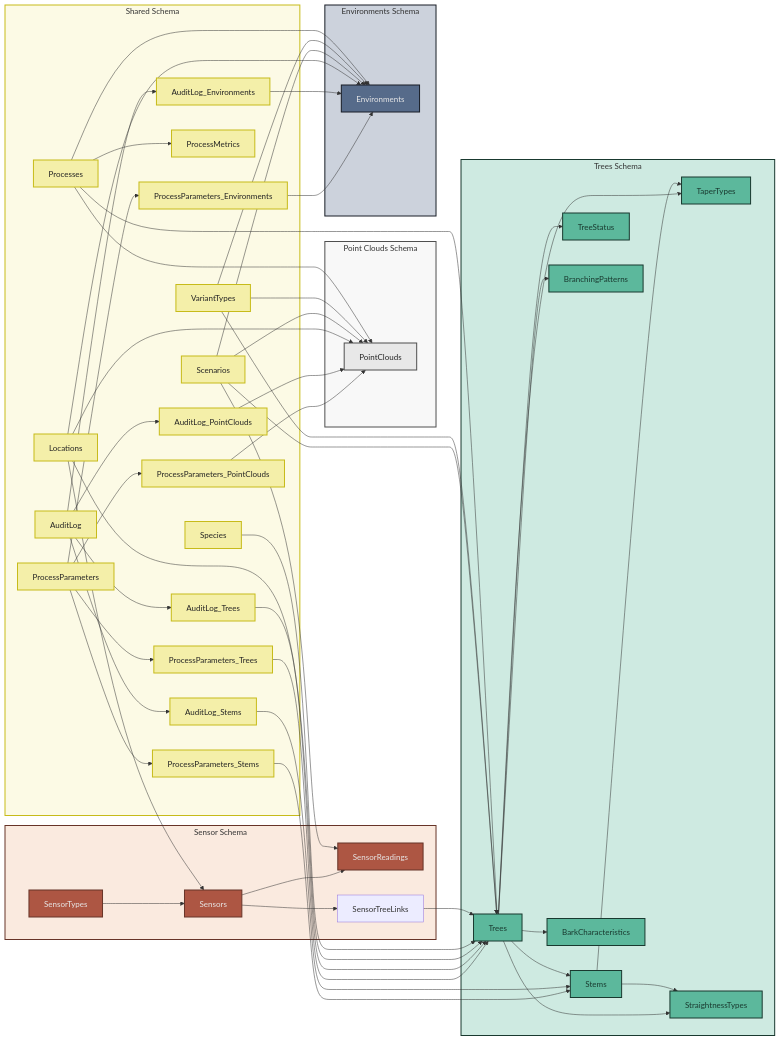
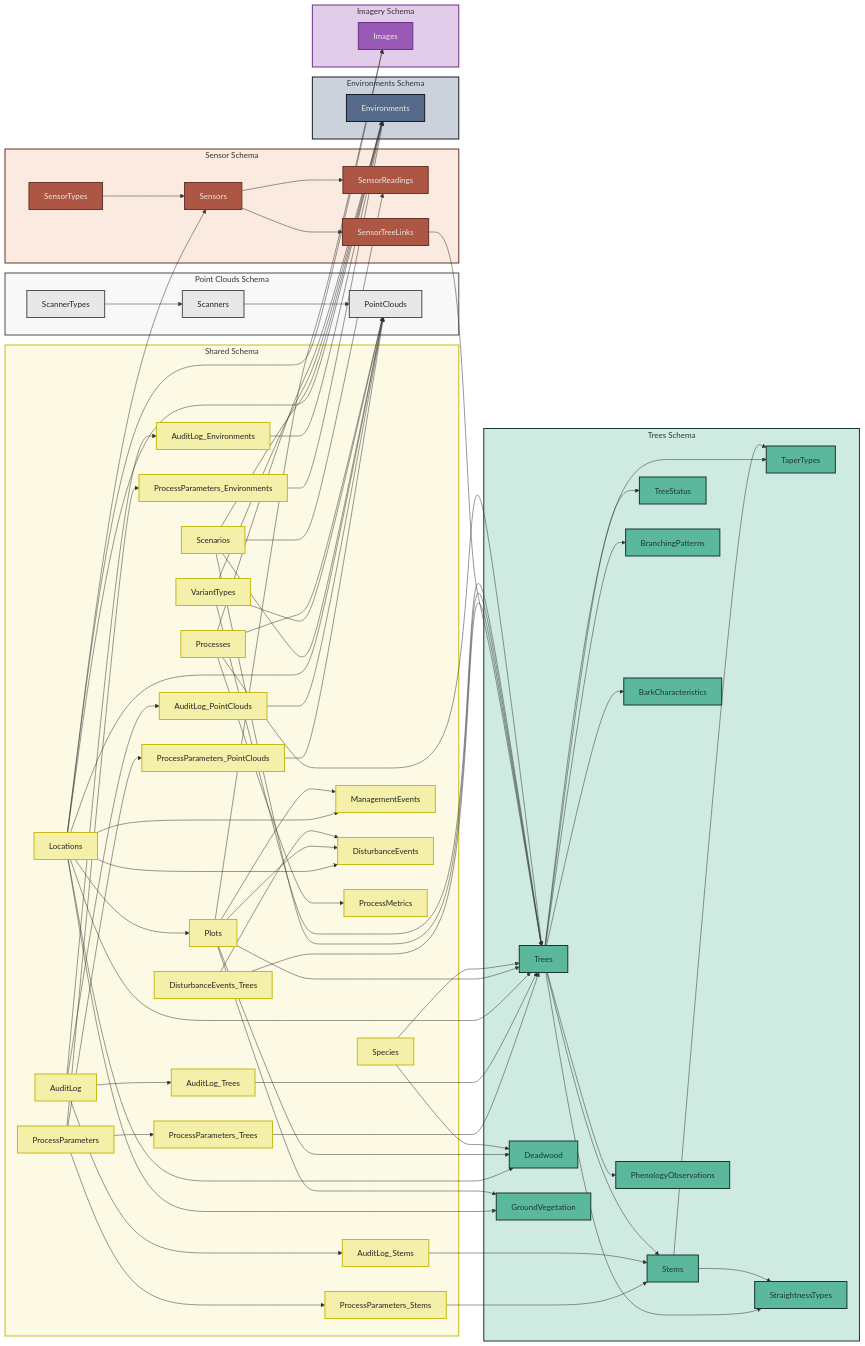
One commit to XRFutureForests/digital-twin-db changed the first of 20 diagrams in docs/database-schema.md. Above: the diagram before and after it, drawn with Mermaid. The commit also changed other lines of this file and 25 other files, not shown here.

Commit message:
feat: Add Campaigns table for data collection events and enhance Trees schema with new measurement fields

````diff
--- a/docs/database-schema.md
+++ b/docs/database-schema.md
@@ -32,9 +35,13 @@
 graph LR
     subgraph shared ["Shared Schema"]
         SL[Locations]
+        SPL[Plots]
         SS[Species]
         SC[Scenarios]
         SVT[VariantTypes]
+        SME[ManagementEvents]
+        SDE[DisturbanceEvents]
+        SDET[DisturbanceEvents_Trees]
         SAL[AuditLog]
         SP[Processes]
         SPP[ProcessParameters]
@@ -48,11 +55,13 @@
         SALE[AuditLog_Environments]
         SALS[AuditLog_Stems]
     end
-    
+
     subgraph pointclouds ["Point Clouds Schema"]
+        PCST[ScannerTypes]
+        PCS[Scanners]
         PCV[PointClouds]
     end
-    
+
     subgraph trees ["Trees Schema"]
         TV[Trees]
         TST[Stems]
@@ -61,22 +70,29 @@
         TST2[StraightnessTypes]
         TBP[BranchingPatterns]
         TBC[BarkCharacteristics]
+        TPH[PhenologyObservations]
+        TDW[Deadwood]
+        TGV[GroundVegetation]
     end
-    
+
     subgraph sensor ["Sensor Schema"]
         S[Sensors]
         SR[SensorReadings]
         SST[SensorTypes]
         STL[SensorTreeLinks]
     end
-    
+
     subgraph environments ["Environments Schema"]
         EV[Environments]
     end
-    
+
+    subgraph imagery ["Imagery Schema"]
+        IM[Images]
+    end
+
     %% Junction table connections
     SPP --> SPPPC
-    SPP --> SPPT  
+    SPP --> SPPT
     SPP --> SPPE
     SPP --> SPPS
     SAL --> SALPC
@@ -91,13 +107,26 @@
     SALT --> TV
     SALE --> EV
     SALS --> TST
-    
+
     %% Cross-schema relationships
+    SL --> SPL
     SL --> PCV
     SL --> TV
     SL --> S
     SL --> EV
+    SL --> IM
+    SL --> SME
+    SL --> SDE
+    SL --> TDW
+    SL --> TGV
+    SPL --> TV
+    SPL --> SME
+    SPL --> SDE
+    SPL --> TDW
+    SPL --> TGV
+    SPL --> IM
     SS --> TV
+    SS --> TDW
     SST --> S
     S --> SR
     S --> STL
@@ -108,6 +137,11 @@
     TV --> TST2
     TV --> TBP
     TV --> TBC
+    TV --> TPH
+    SDET --> SDE
+    SDET --> TV
+    PCST --> PCS
+    PCS --> PCV
     TST --> TTT
     TST --> TST2
     SC --> PCV
@@ -127,22 +161,26 @@
     classDef treesNodes fill:#5CB89C,stroke:#19392f,stroke-width:2px,color:#19392f
     classDef sensorNodes fill:#AD5643,stroke:#673428,stroke-width:2px,color:#e8e8e8
     classDef environmentsNodes fill:#566b8a,stroke:#181d26,stroke-width:2px,color:#e8e8e8
-    
+    classDef imageryNodes fill:#9B59B6,stroke:#6C3483,stroke-width:2px,color:#e8e8e8
+
     classDef sharedSubgraph fill:#F4EFA9,fill-opacity:0.3,stroke:#c7bb1a,stroke-width:2px
     classDef pointcloudsSubgraph fill:#e8e8e8,fill-opacity:0.3,stroke:#4f4f4f,stroke-width:2px
     classDef treesSubgraph fill:#5CB89C,fill-opacity:0.3,stroke:#19392f,stroke-width:2px
     classDef sensorSubgraph fill:#eeb896,fill-opacity:0.3,stroke:#673428,stroke-width:2px
     classDef environmentsSubgraph fill:#566b8a,fill-opacity:0.3,stroke:#181d26,stroke-width:2px
-    
-    class SL,SS,SC,SVT,SAL,SP,SPP,SPM,SPPPC,SPPT,SPPE,SPPS,SALPC,SALT,SALE,SALS sharedNodes
-    class PCV pointcloudsNodes
-    class TV,TST,TTS,TTT,TST2,TBP,TBC treesNodes
-    class S,SR,SST sensorNodes
+    classDef imagerySubgraph fill:#9B59B6,fill-opacity:0.3,stroke:#6C3483,stroke-width:2px
+
+    class SL,SPL,SS,SC,SVT,SME,SDE,SDET,SAL,SP,SPP,SPM,SPPPC,SPPT,SPPE,SPPS,SALPC,SALT,SALE,SALS sharedNodes
+    class PCST,PCS,PCV pointcloudsNodes
+    class TV,TST,TTS,TTT,TST2,TBP,TBC,TPH,TDW,TGV treesNodes
+    class S,SR,SST,STL sensorNodes
     class EV environmentsNodes
-    
+    class IM imageryNodes
+
     class shared sharedSubgraph
     class pointclouds pointcloudsSubgraph
     class trees treesSubgraph
     class sensor sensorSubgraph
     class environments environmentsSubgraph
+    class imagery imagerySubgraph
 ```
````
